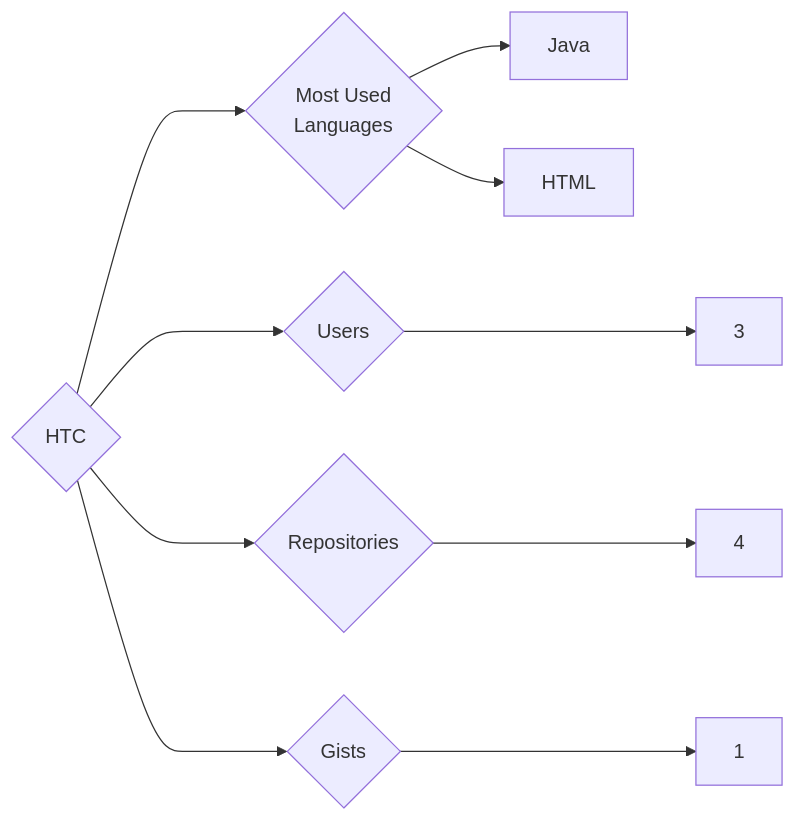
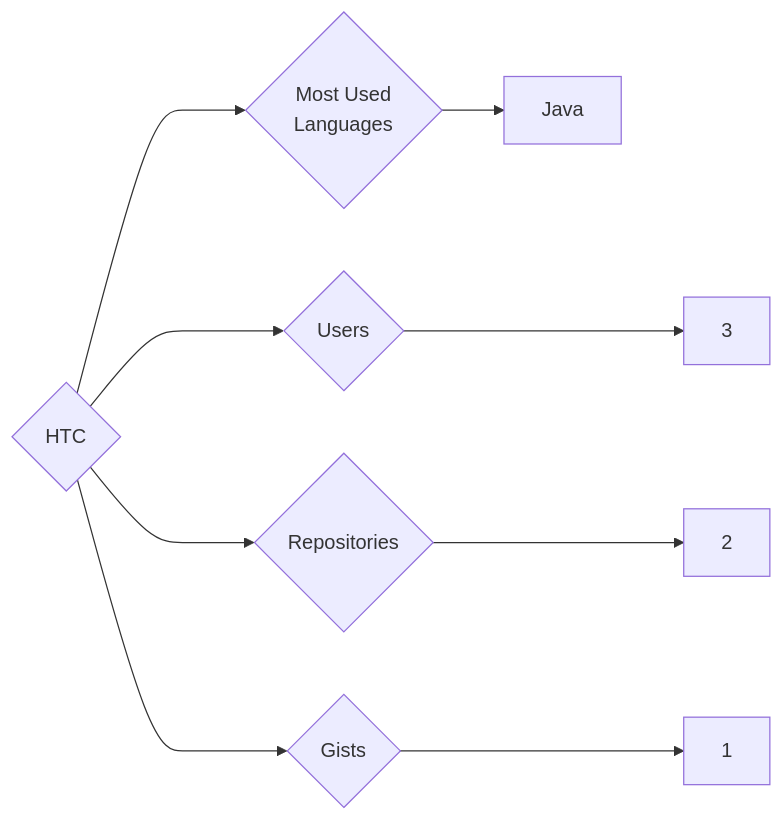
Before and after one commit to trickest/insiders: the diagram in targets/HTC/README.md, drawn with Mermaid. The commit also changed 938 other files, not shown here.

````diff
--- a/targets/HTC/README.md
+++ b/targets/HTC/README.md
@@ -3,10 +3,9 @@
 ```mermaid
 graph LR
 COMPANY_NAME{HTC}
 COMPANY_NAME ---> U{Users} ---> UN[3]
-COMPANY_NAME ---> R{Repositories} ---> RN[4]
+COMPANY_NAME ---> R{Repositories} ---> RN[2]
 COMPANY_NAME ---> G{Gists} ---> GN[1]
 COMPANY_NAME ---> ML{Most Used<br>Languages}
 ML --> Java[Java]
-ML --> HTML[HTML]
 ```
````
